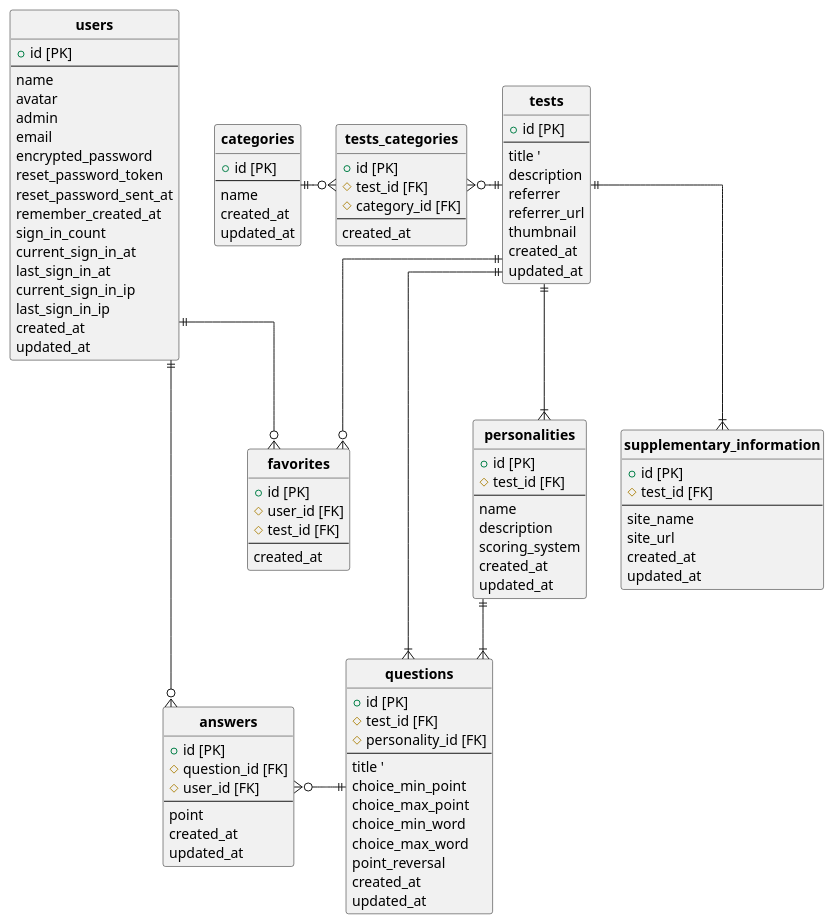
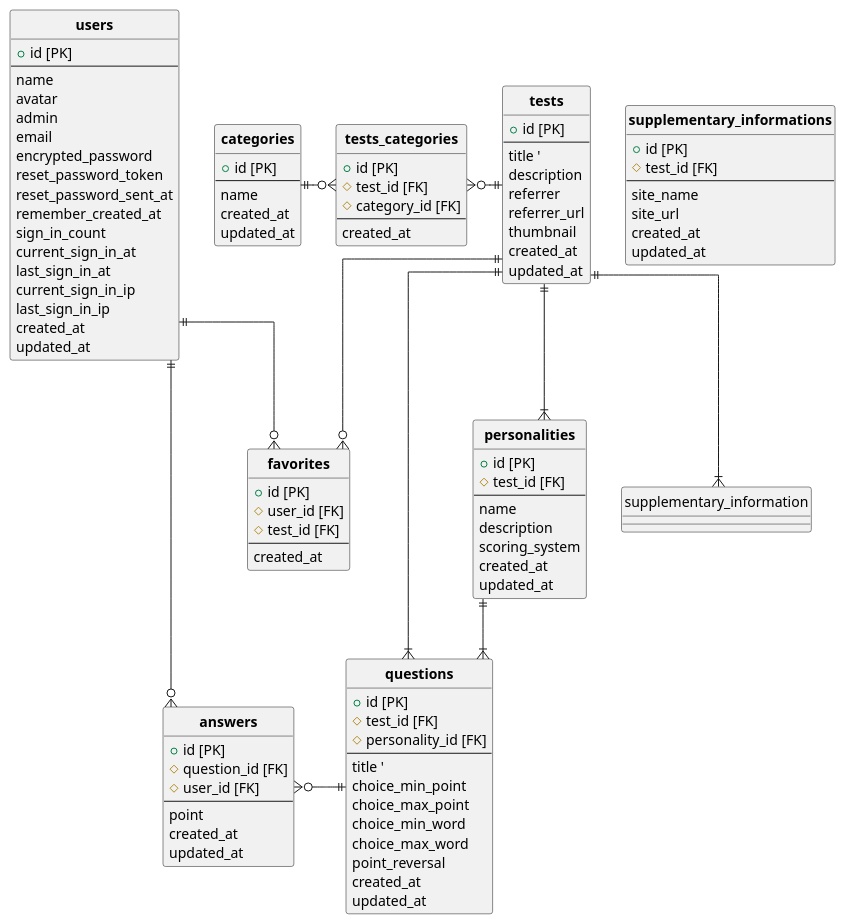
The diagram in docs/ER.pu (ymdarudy/psykarte), drawn with PlantUML before and after one commit. The commit also changed 3 other files, not shown here.

Commit message:
:books: ER図修正（supplementry_infomaitonを複数形に）

```diff
--- a/docs/ER.pu
+++ b/docs/ER.pu
@@ -1,121 +1,121 @@
 @startuml yonde
 ' hide the spot
 hide circle
 
 ' avoid problems with angled crows feet
 skinparam linetype ortho
 
 entity "**users**" as users {
   + id [PK]
   --
   name
   avatar
   admin
   email
   encrypted_password
   reset_password_token
   reset_password_sent_at
   remember_created_at
   sign_in_count
   current_sign_in_at
   last_sign_in_at
   current_sign_in_ip
   last_sign_in_ip
   created_at
   updated_at
 }
 
 entity "**tests**" as tests {
   + id [PK]
   --
   title '
   description
   referrer
   referrer_url
   thumbnail
   created_at
   updated_at
 }
 
 entity "**personalities**" as personalities {
   + id [PK]
   # test_id [FK]
   --
   name
   description
   scoring_system
   created_at
   updated_at
 }
 
 entity "**questions**" as questions {
   + id [PK]
   # test_id [FK]
   # personality_id [FK]
   --
   title '
   choice_min_point
   choice_max_point
   choice_min_word
   choice_max_word
   point_reversal
   created_at
   updated_at
 }
 
 entity "**answers**" as answers {
   + id [PK]
   # question_id [FK]
   # user_id [FK]
   --
   point
   created_at
   updated_at
 }
 
-entity "**supplementary_information**" as supplementary_information {
+entity "**supplementary_informations**" as supplementary_informations {
   + id [PK]
   # test_id [FK]
   --
   site_name
   site_url
   created_at
   updated_at
 }
 
 entity "**favorites**" as favorites {
   + id [PK]
   # user_id [FK]
   # test_id [FK]
   --
   created_at
 }
 
 entity "**categories**" as categories {
   + id [PK]
   --
   name
   created_at
   updated_at
 }
 
 entity "**tests_categories**" as tests_categories {
   + id [PK]
   # test_id [FK]
   # category_id [FK]
   --
   created_at
 }
 
 tests ||--|{ supplementary_information
 tests ||--|{ personalities
 tests ||-d-|{ questions
 tests ||--o{ favorites
 tests ||-l-o{ tests_categories
 categories ||-r-o{ tests_categories
 users ||-d-o{ answers
 users ||-d-o{ favorites
 questions ||-l-o{ answers
 personalities ||--|{ questions
 
 @enduml
```
